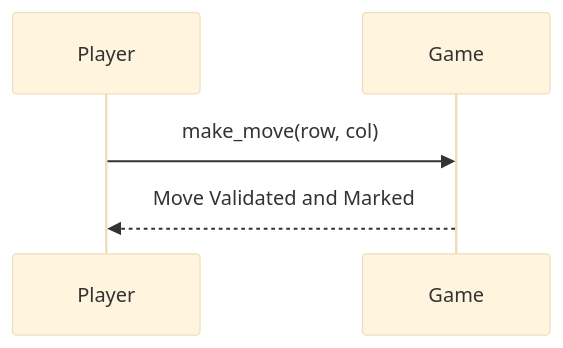
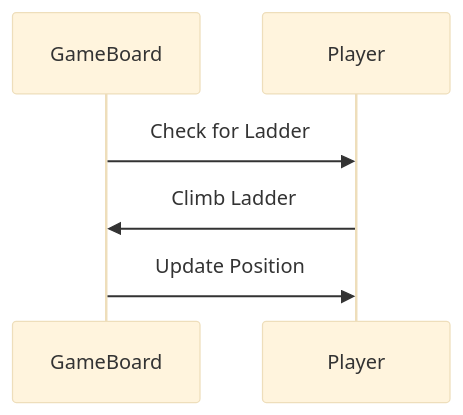
Before and after one commit to Sujata2017/App-developed-using-GenAI: the fifth of 16 diagrams in design_doc.md, drawn with Mermaid (base theme). The commit also changed other lines of this file, not shown here.

````diff
--- a/design_doc.md
+++ b/design_doc.md
@@ -47,7 +81,8 @@
-```mermaid
-sequenceDiagram
+  ```mermaid
+  sequenceDiagram
+    participant GameBoard
     participant Player
-    participant Game
-    Player->>Game: make_move(row, col)
-    Game-->>Player: Move Validated and Marked
-```
+    GameBoard->>Player: Check for Ladder
+    Player->>GameBoard: Climb Ladder
+    GameBoard->>Player: Update Position
+  ```
````
